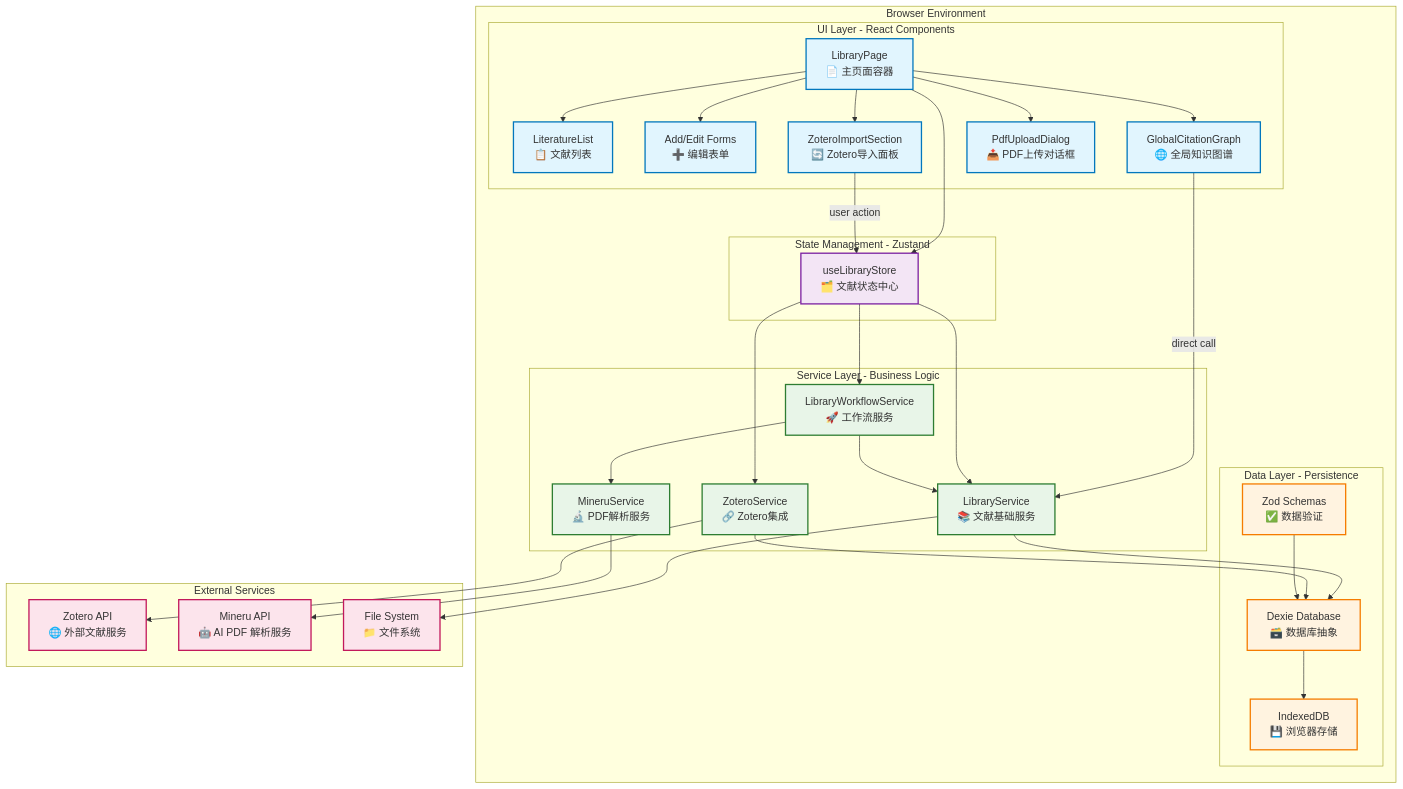
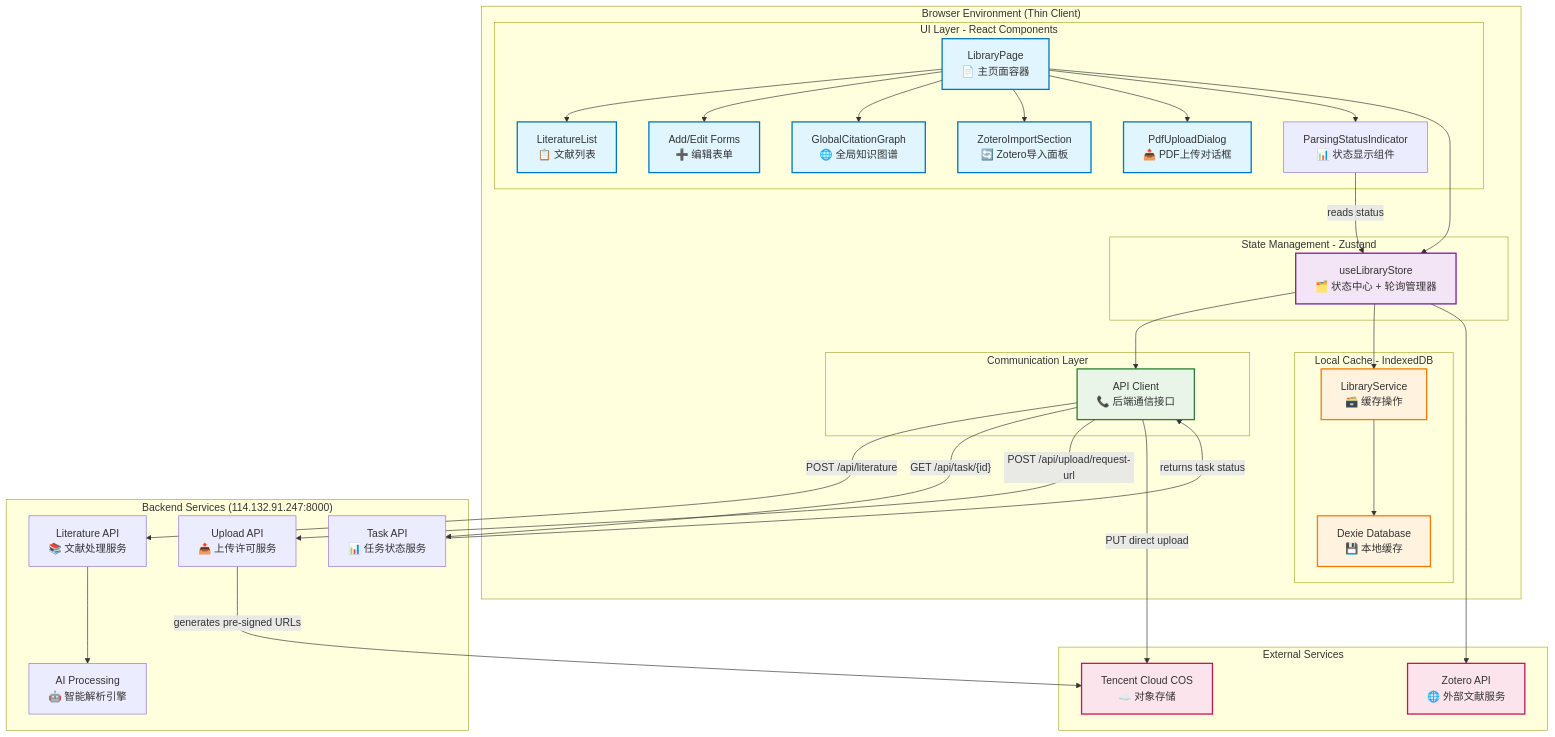
The first of 5 diagrams in docs/SYSTEM_ARCHITECTURE.md (tyqqj0/deep-research), drawn with Mermaid before and after one commit. The commit also changed other lines of this file and 19 other files, not shown here.

````diff
--- a/docs/SYSTEM_ARCHITECTURE.md
+++ b/docs/SYSTEM_ARCHITECTURE.md
@@ -12,72 +14,78 @@
 ```mermaid
 graph TB
-    subgraph "Browser Environment"
+    subgraph "Browser Environment (Thin Client)"
         subgraph "UI Layer - React Components"
             A1[LibraryPage<br/>📄 主页面容器]
             A2[LiteratureList<br/>📋 文献列表]
             A3[Add/Edit Forms<br/>➕ 编辑表单]
             A4[GlobalCitationGraph<br/>🌐 全局知识图谱]
             A5[ZoteroImportSection<br/>🔄 Zotero导入面板]
             A6[PdfUploadDialog<br/>📤 PDF上传对话框]
+            A7[ParsingStatusIndicator<br/>📊 状态显示组件]
         end
         
         subgraph "State Management - Zustand"
-            B1[useLibraryStore<br/>🗂️ 文献状态中心]
+            B1[useLibraryStore<br/>🗂️ 状态中心 + 轮询管理器]
         end
         
-        subgraph "Service Layer - Business Logic"
-            C1[LibraryWorkflowService<br/>🚀 工作流服务]
-            C2[LibraryService<br/>📚 文献基础服务]
-            C3[ZoteroService<br/>🔗 Zotero集成]
-            C4[MineruService<br/>🔬 PDF解析服务]
+        subgraph "Communication Layer"
+            C1[API Client<br/>📞 后端通信接口]
         end
         
-        subgraph "Data Layer - Persistence"
-            D1[Dexie Database<br/>🗃️ 数据库抽象]
-            D2[Zod Schemas<br/>✅ 数据验证]
-            D3[IndexedDB<br/>💾 浏览器存储]
+        subgraph "Local Cache - IndexedDB"
+            D1[Dexie Database<br/>💾 本地缓存]
+            D2[LibraryService<br/>🗃️ 缓存操作]
         end
     end
     
     subgraph "External Services"
-        E1[Zotero API<br/>🌐 外部文献服务]
-        E2[Mineru API<br/>🤖 AI PDF 解析服务]
-        E3[File System<br/>📁 文件系统]
+        E1[Tencent Cloud COS<br/>☁️ 对象存储]
+        E2[Zotero API<br/>🌐 外部文献服务]
+    end
+    
+    subgraph "Backend Services (114.132.91.247:8000)"
+        F1[Literature API<br/>📚 文献处理服务]
+        F2[Upload API<br/>📤 上传许可服务]
+        F3[Task API<br/>📊 任务状态服务]
+        F4[AI Processing<br/>🤖 智能解析引擎]
     end
     
     %% UI Layer connections
-    A1 --> A2 & A3 & A4 & A5 & A6
+    A1 --> A2 & A3 & A4 & A5 & A6 & A7
     A1 --> B1
-    A4 -- direct call --> C2
-    A5 -- user action --> B1
     
     %% State Management connections
-    B1 --> C1 & C2 & C3
+    B1 --> C1
+    B1 --> D2
+    A7 -- reads status --> B1
     
-    %% Service Layer connections
-    C1 --> C2 & C4
-    C2 --> D1
-    C3 --> D1
-    C3 --> E1
-    C4 --> E2
+    %% Communication connections
+    C1 -- POST /api/literature --> F1
+    C1 -- GET /api/task/{id} --> F3
+    C1 -- POST /api/upload/request-url --> F2
+    C1 -- PUT direct upload --> E1
     
-    %% Data Layer connections
-    D1 --> D3
+    %% Cache connections
     D2 --> D1
     
-    %% External connections
-    C2 --> E3
+    %% Backend processing
+    F1 --> F4
+    F2 -- generates pre-signed URLs --> E1
+    F3 -- returns task status --> C1
+    
+    %% External integrations
+    B1 --> E2
     
     %% Styling
     classDef ui fill:#e1f5fe,stroke:#0277bd,stroke-width:2px
     classDef state fill:#f3e5f5,stroke:#7b1fa2,stroke-width:2px
     classDef service fill:#e8f5e8,stroke:#2e7d32,stroke-width:2px
     classDef data fill:#fff3e0,stroke:#f57c00,stroke-width:2px
     classDef external fill:#fce4ec,stroke:#c2185b,stroke-width:2px
     
     class A1,A2,A3,A4,A5,A6 ui
     class B1 state
     class C1,C2,C3,C4 service
     class D1,D2,D3 data
     class E1,E2,E3 external
 ```
````
